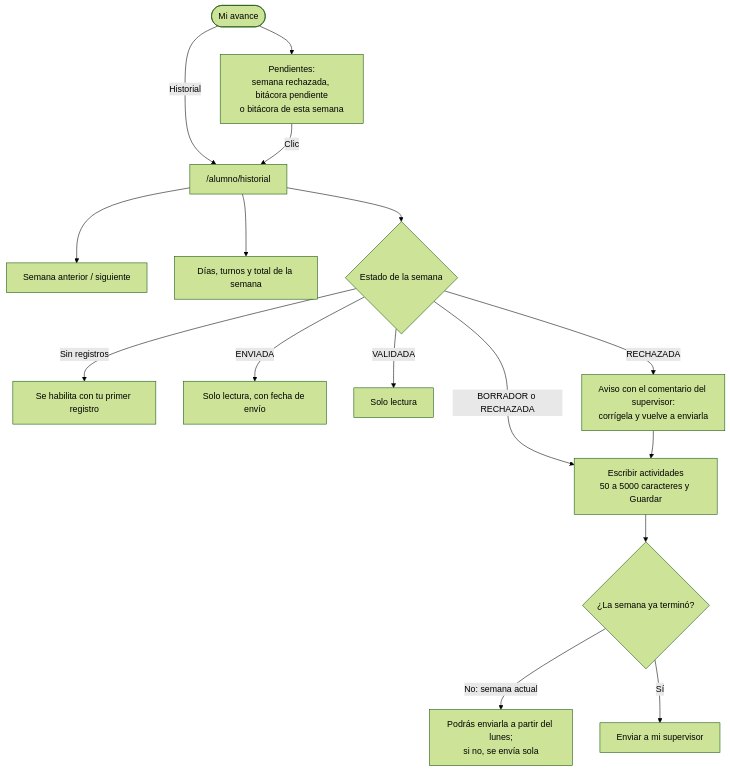
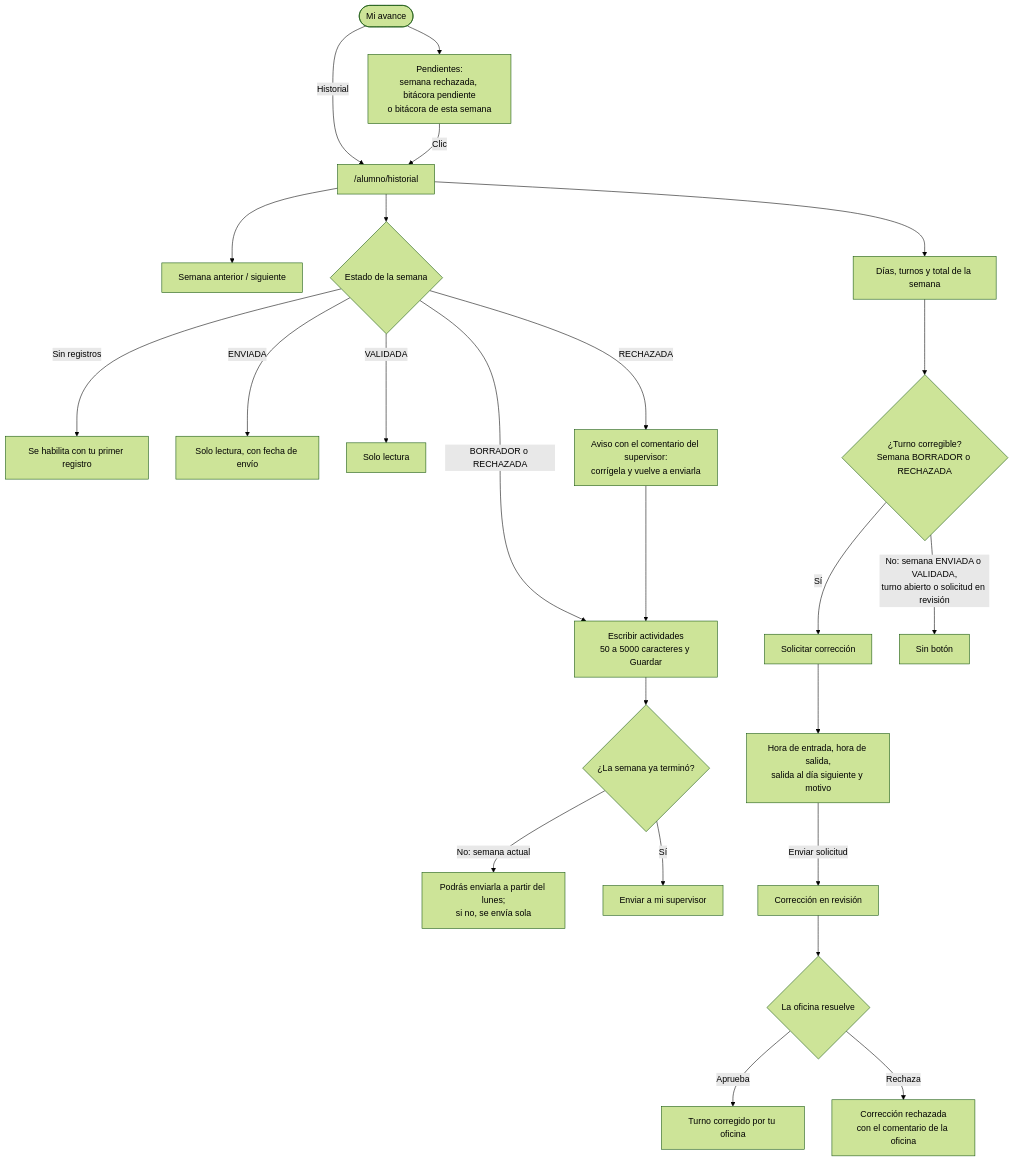
The tenth of 12 diagrams in docs/flujo-app.md (leslie-garcia801/praxis), drawn with Mermaid (forest theme) before and after one commit. The commit also changed other lines of this file and 3 other files, not shown here.

Commit message:
docs: update the app flow and the project status to iterations 1-7 and the post-MVP improvements

````diff
--- a/docs/flujo-app.md
+++ b/docs/flujo-app.md
@@ -212,18 +288,26 @@
 ```mermaid
 flowchart TD
     H([Mi avance]) --> PEN[Pendientes:<br/>semana rechazada, bitácora pendiente<br/>o bitácora de esta semana]
     H -- Historial --> HI["/alumno/historial"]
     PEN -- Clic --> HI
     HI --> NAV[Semana anterior / siguiente]
     HI --> DIAS[Días, turnos y total de la semana]
     HI --> B{Estado de la semana}
     B -- "Sin registros" --> B0[Se habilita con tu primer registro]
     B -- "BORRADOR o RECHAZADA" --> ED[Escribir actividades<br/>50 a 5000 caracteres y Guardar]
     ED --> CUR{¿La semana ya terminó?}
     CUR -- "No: semana actual" --> ESP[Podrás enviarla a partir del lunes;<br/>si no, se envía sola]
     CUR -- Sí --> ENV[Enviar a mi supervisor]
     B -- ENVIADA --> RO1[Solo lectura, con fecha de envío]
     B -- VALIDADA --> RO2[Solo lectura]
     B -- RECHAZADA --> COM[Aviso con el comentario del supervisor:<br/>corrígela y vuelve a enviarla]
     COM --> ED
+    DIAS --> TU{"¿Turno corregible?<br/>Semana BORRADOR o RECHAZADA"}
+    TU -- Sí --> SC[Solicitar corrección]
+    SC --> FC[Hora de entrada, hora de salida,<br/>salida al día siguiente y motivo]
+    FC -- Enviar solicitud --> REV[Corrección en revisión]
+    REV --> RES{La oficina resuelve}
+    RES -- Aprueba --> COR[Turno corregido por tu oficina]
+    RES -- Rechaza --> RCH[Corrección rechazada<br/>con el comentario de la oficina]
+    TU -- "No: semana ENVIADA o VALIDADA,<br/>turno abierto o solicitud en revisión" --> NA[Sin botón]
 ```
````
